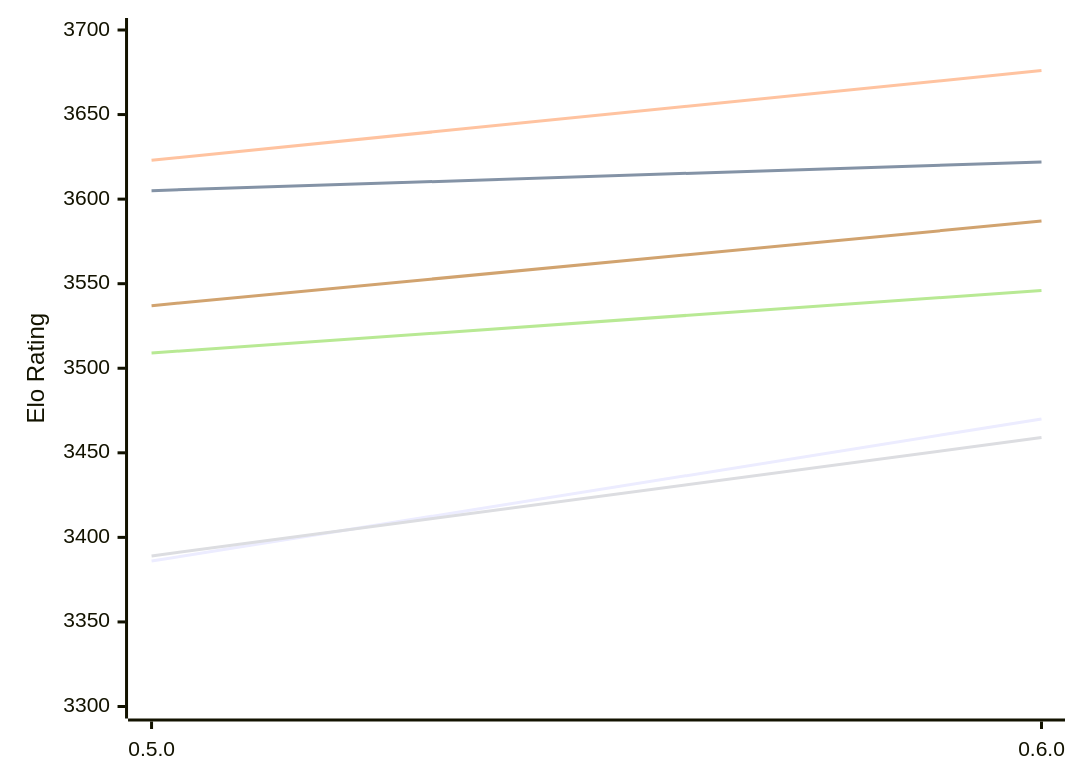
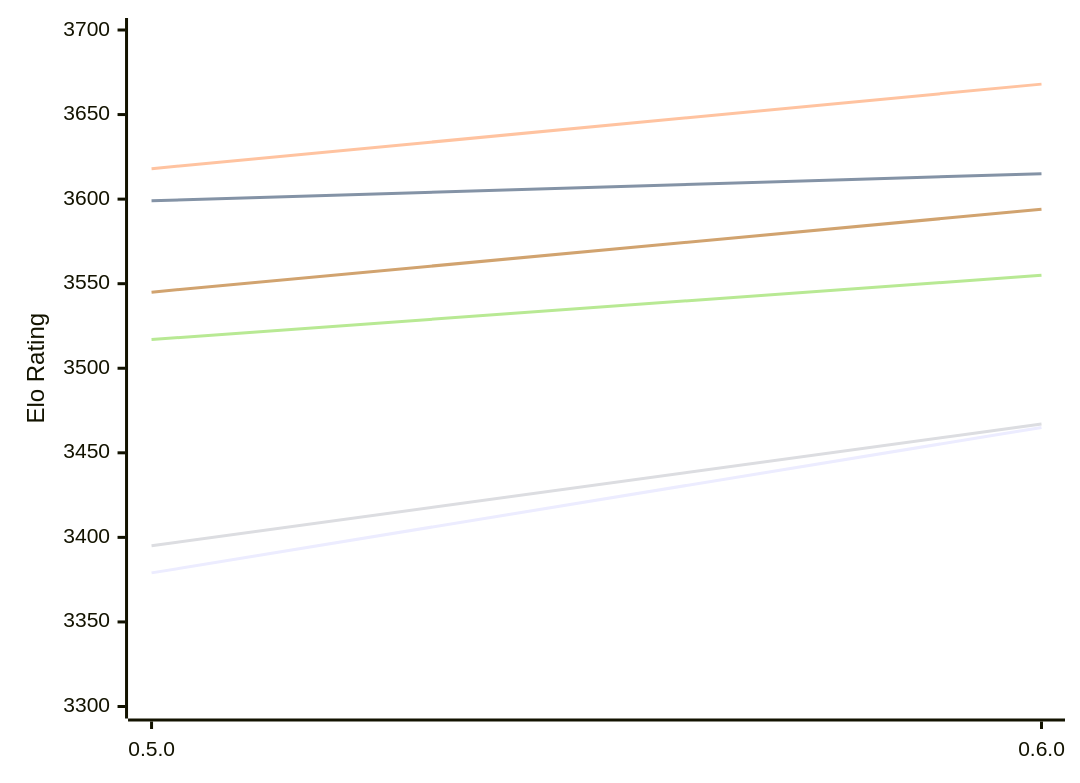
Before and after one commit to computer-chess-index/cci: the diagram in engines/Incipit.md, drawn with Mermaid. The commit also changed other lines of this file, not shown here.

Commit message:
Update CCI Ratings (ELO VLTC) - 2026-11-18

````diff
--- a/engines/Incipit.md
+++ b/engines/Incipit.md
@@ -49,12 +49,12 @@
 ```mermaid
 %%{init: {"theme":"base","themeVariables":{"seriesColors:['#a3a3a3','#222221','#faa371']}}}%%
 xychart-beta
   x-axis ["0.5.0", "0.6.0"]
   y-axis "Elo Rating" 3300 --> 3700
-  line "E1: STC (8.0+0.08s)" [3386, 3470]
-  line "E1: LTC (60.0+0.60s)" [3605, 3622]
-  line "E1: VLTC (2m24s+1.12s)" [3623, 3676]
-  line "P1: STC (8.0+0.08s)" [3389, 3459]
-  line "P1: LTC (60.0+0.60s)" [3509, 3546]
-  line "P1: VLTC (2m24s+1.12s)" [3537, 3587]
+  line "E1: STC (8.0+0.08s)" [3379, 3465]
+  line "E1: LTC (60.0+0.60s)" [3599, 3615]
+  line "E1: VLTC (2m24s+1.12s)" [3618, 3668]
+  line "P1: STC (8.0+0.08s)" [3395, 3467]
+  line "P1: LTC (60.0+0.60s)" [3517, 3555]
+  line "P1: VLTC (2m24s+1.12s)" [3545, 3594]
 ```
````
